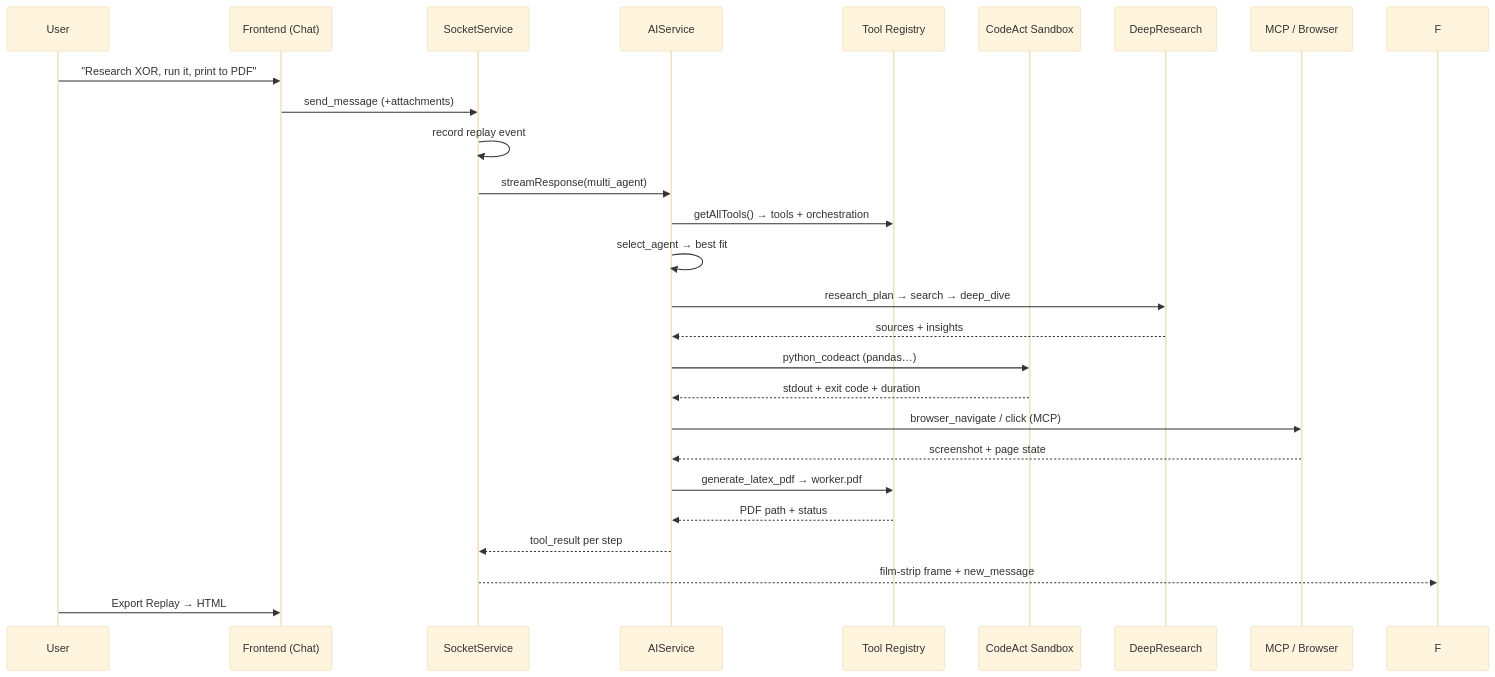
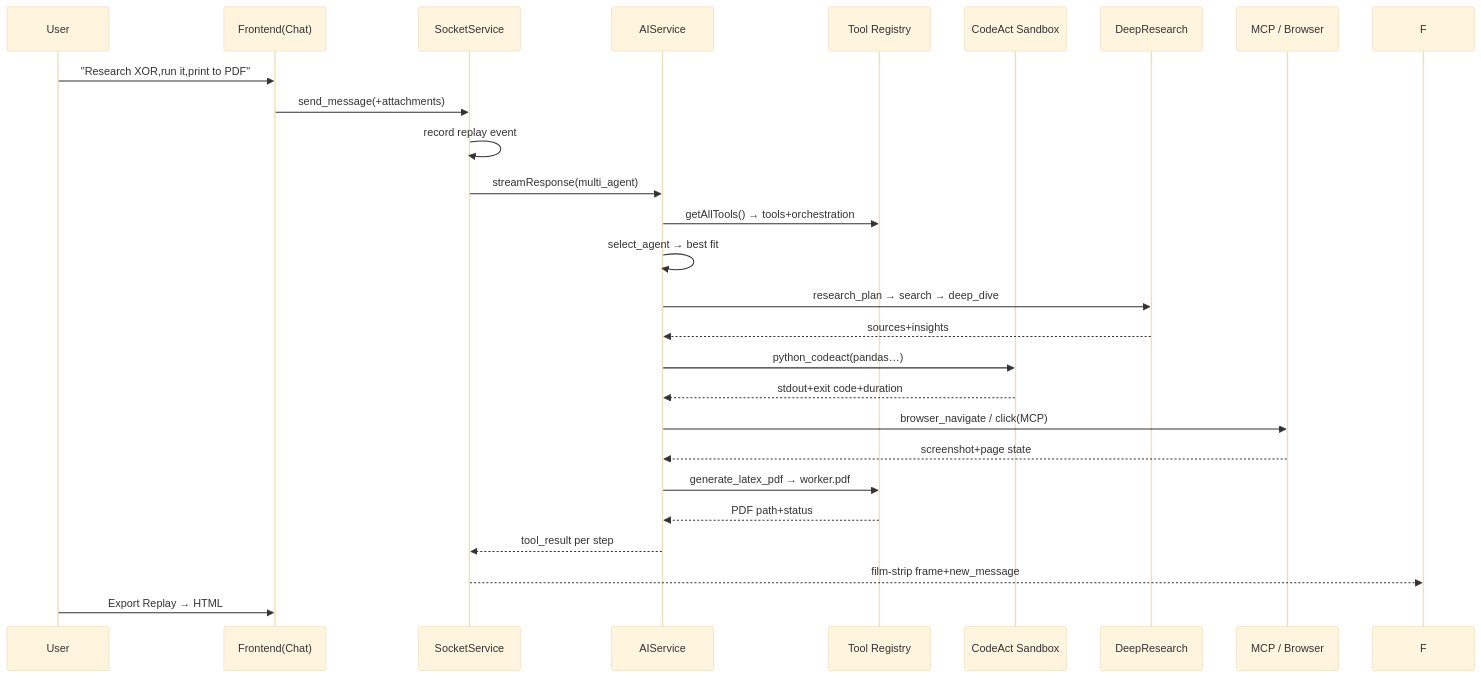
The second of 3 diagrams in README.md (robloxsagax-web/Autopilot), drawn with Mermaid (base theme) before and after one commit. The commit also changed other lines of this file, not shown here.

````diff
--- a/README.md
+++ b/README.md
@@ -223,29 +369,29 @@
 ```mermaid
 sequenceDiagram
     participant U as User
-    participant FS as Frontend (Chat)
+    participant FS as Frontend(Chat)
     participant SS as SocketService
     participant AI as AIService
     participant T as Tool Registry
     participant CA as CodeAct Sandbox
     participant DR as DeepResearch
     participant M as MCP / Browser
 
-    U->>FS: "Research XOR, run it, print to PDF"
-    FS->>SS: send_message (+attachments)
-    SS->>SS: record replay event
-    SS->>AI: streamResponse(multi_agent)
-    AI->>T: getAllTools() → tools + orchestration
-    AI->>AI: select_agent → best fit
-    AI->>DR: research_plan → search → deep_dive
-    DR-->>AI: sources + insights
-    AI->>CA: python_codeact (pandas…)
-    CA-->>AI: stdout + exit code + duration
-    AI->>M: browser_navigate / click (MCP)
-    M-->>AI: screenshot + page state
-    AI->>T: generate_latex_pdf → worker.pdf
-    T-->>AI: PDF path + status
-    AI-->>SS: tool_result per step
-    SS-->>F: film-strip frame + new_message
-    U->>FS: Export Replay → HTML
+    U->>FS:"Research XOR,run it,print to PDF"
+    FS->>SS:send_message(+attachments)
+    SS->>SS:record replay event
+    SS->>AI:streamResponse(multi_agent)
+    AI->>T:getAllTools() → tools+orchestration
+    AI->>AI:select_agent → best fit
+    AI->>DR:research_plan → search → deep_dive
+    DR-->>AI:sources+insights
+    AI->>CA:python_codeact(pandas…)
+    CA-->>AI:stdout+exit code+duration
+    AI->>M:browser_navigate / click(MCP)
+    M-->>AI:screenshot+page state
+    AI->>T:generate_latex_pdf → worker.pdf
+    T-->>AI:PDF path+status
+    AI-->>SS:tool_result per step
+    SS-->>F:film-strip frame+new_message
+    U->>FS:Export Replay → HTML
 ```
````
